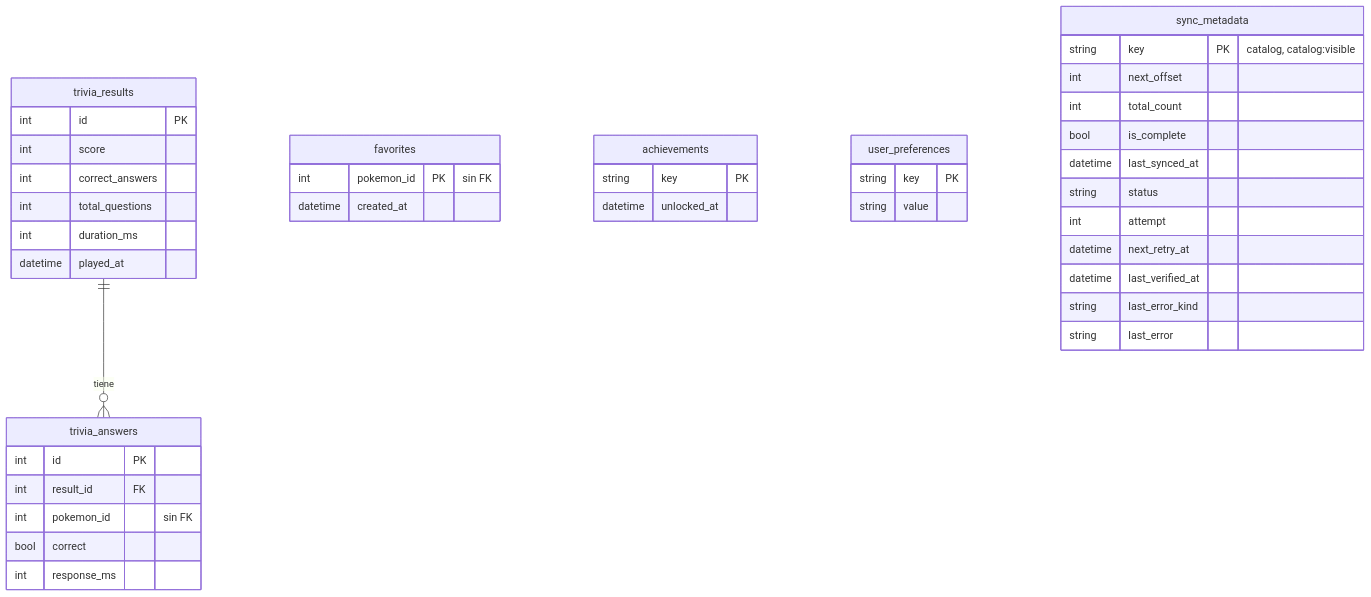
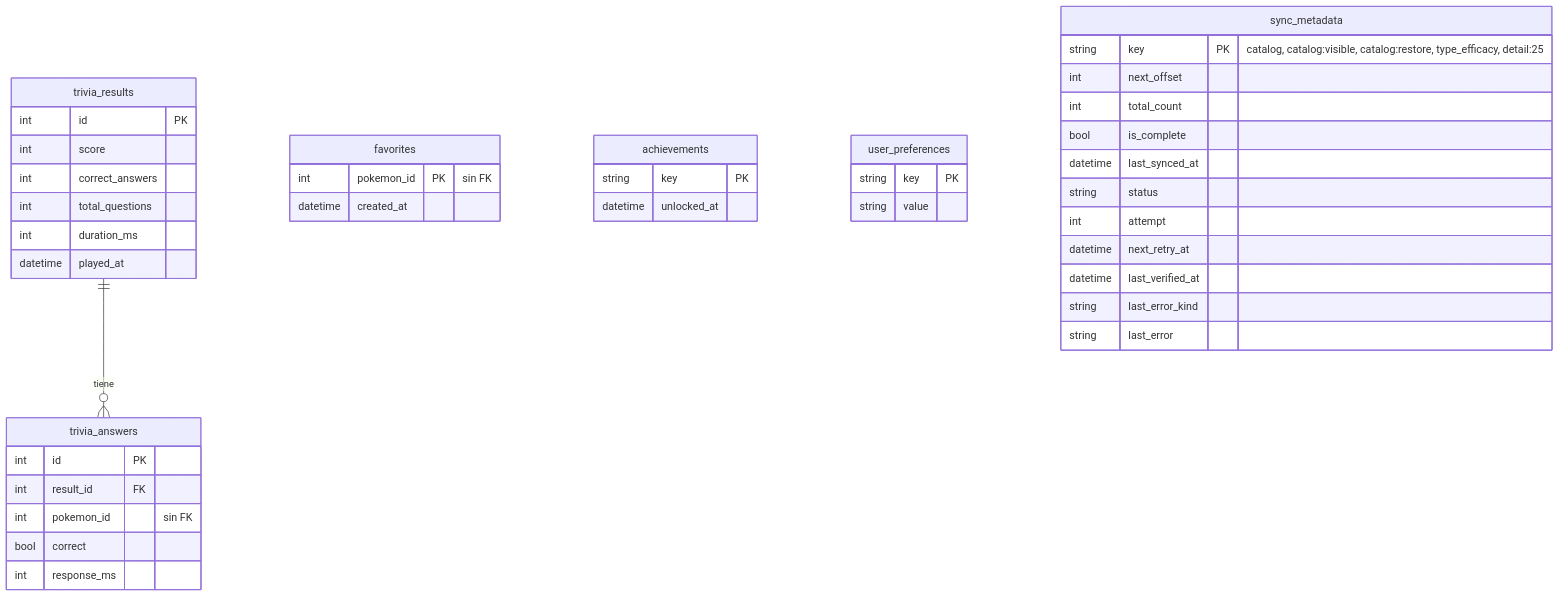
Before and after one commit to JoseHidalgoG/pokedex-flutter: the tenth of 10 diagrams in docs/arquitectura.md, drawn with Mermaid. The commit also changed other lines of this file, not shown here.

Commit message:
docs(arquitectura): agregar la restauración y la apertura del detalle, y corregir el diagrama de lo visible

````diff
--- a/docs/arquitectura.md
+++ b/docs/arquitectura.md
@@ -362,44 +470,44 @@
 ```mermaid
 erDiagram
   trivia_results ||--o{ trivia_answers : "tiene"
   favorites {
     int pokemon_id PK "sin FK"
     datetime created_at
   }
   trivia_results {
     int id PK
     int score
     int correct_answers
     int total_questions
     int duration_ms
     datetime played_at
   }
   trivia_answers {
     int id PK
     int result_id FK
     int pokemon_id "sin FK"
     bool correct
     int response_ms
   }
   achievements {
     string key PK
     datetime unlocked_at
   }
   user_preferences {
     string key PK
     string value
   }
   sync_metadata {
-    string key PK "catalog, catalog:visible"
+    string key PK "catalog, catalog:visible, catalog:restore, type_efficacy, detail:25"
     int next_offset
     int total_count
     bool is_complete
     datetime last_synced_at
     string status
     int attempt
     datetime next_retry_at
     datetime last_verified_at
     string last_error_kind
     string last_error
   }
 ```
````
